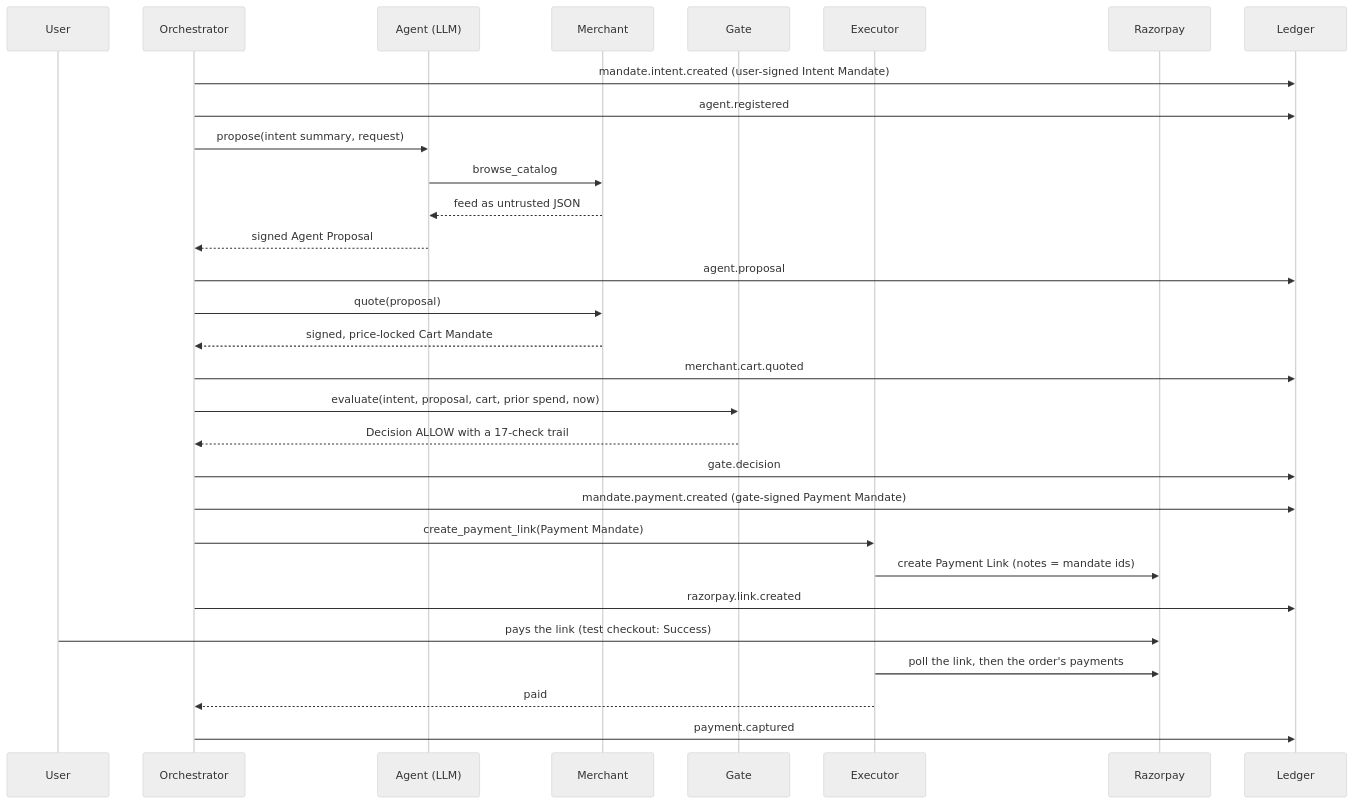
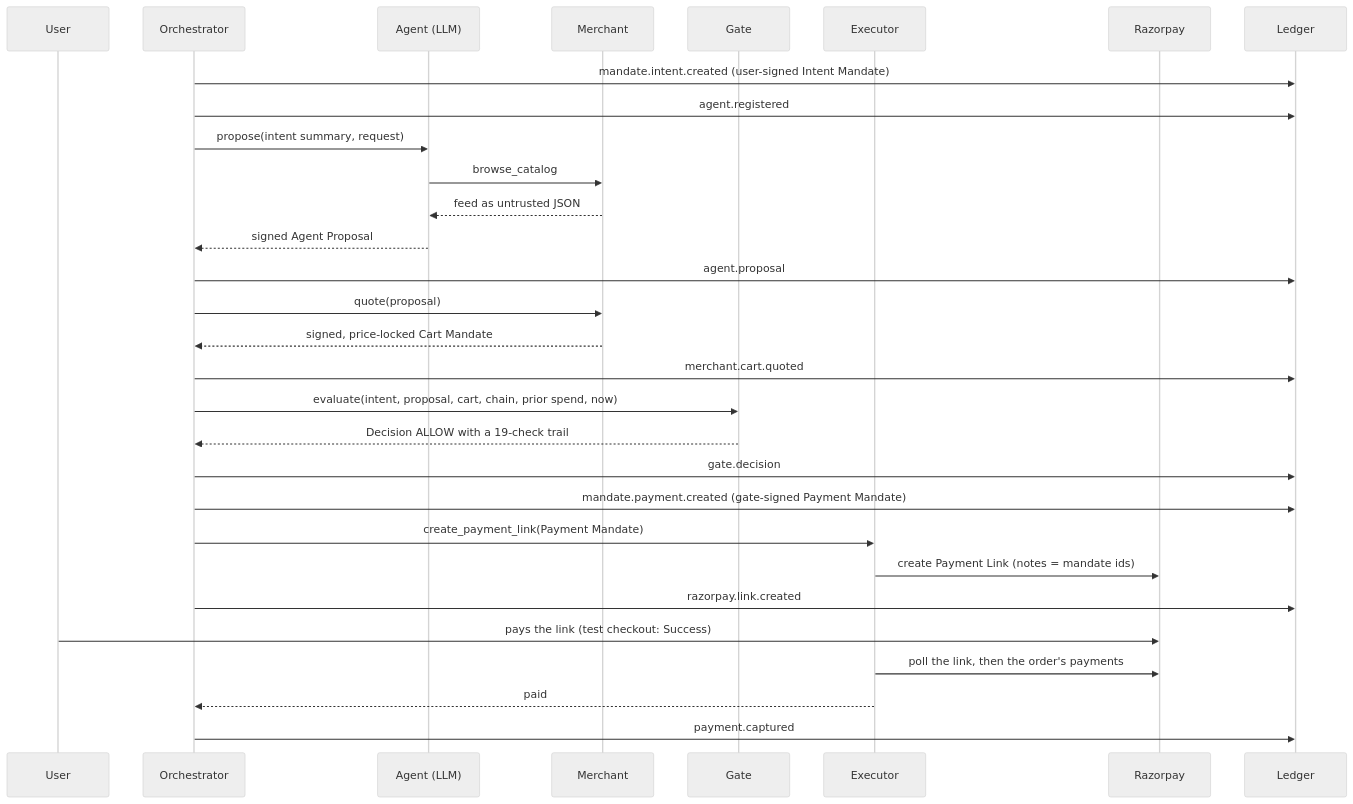
One commit to PulkitGarg31/mandatemesh changed the first of 3 diagrams in docs/architecture.md. Above: the diagram before and after it, drawn with Mermaid (neutral theme). The commit also changed other lines of this file and 6 other files, not shown here.

````diff
--- a/docs/architecture.md
+++ b/docs/architecture.md
@@ -19,32 +20,32 @@
 ```mermaid
 sequenceDiagram
     participant U as User
     participant O as Orchestrator
     participant A as Agent (LLM)
     participant M as Merchant
     participant G as Gate
     participant X as Executor
     participant R as Razorpay
     participant L as Ledger
     O->>L: mandate.intent.created (user-signed Intent Mandate)
     O->>L: agent.registered
     O->>A: propose(intent summary, request)
     A->>M: browse_catalog
     M-->>A: feed as untrusted JSON
     A-->>O: signed Agent Proposal
     O->>L: agent.proposal
     O->>M: quote(proposal)
     M-->>O: signed, price-locked Cart Mandate
     O->>L: merchant.cart.quoted
-    O->>G: evaluate(intent, proposal, cart, prior spend, now)
-    G-->>O: Decision ALLOW with a 17-check trail
+    O->>G: evaluate(intent, proposal, cart, chain, prior spend, now)
+    G-->>O: Decision ALLOW with a 19-check trail
     O->>L: gate.decision
     O->>L: mandate.payment.created (gate-signed Payment Mandate)
     O->>X: create_payment_link(Payment Mandate)
     X->>R: create Payment Link (notes = mandate ids)
     O->>L: razorpay.link.created
     U->>R: pays the link (test checkout: Success)
     X->>R: poll the link, then the order's payments
     X-->>O: paid
     O->>L: payment.captured
 ```
````
